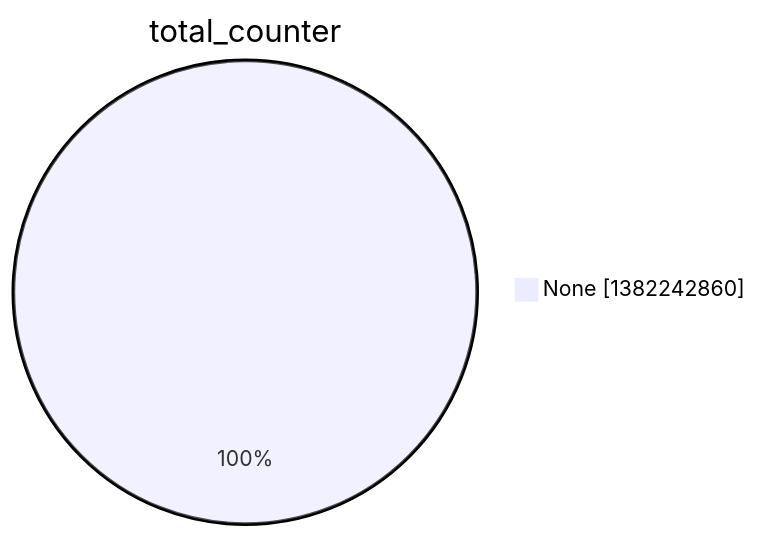
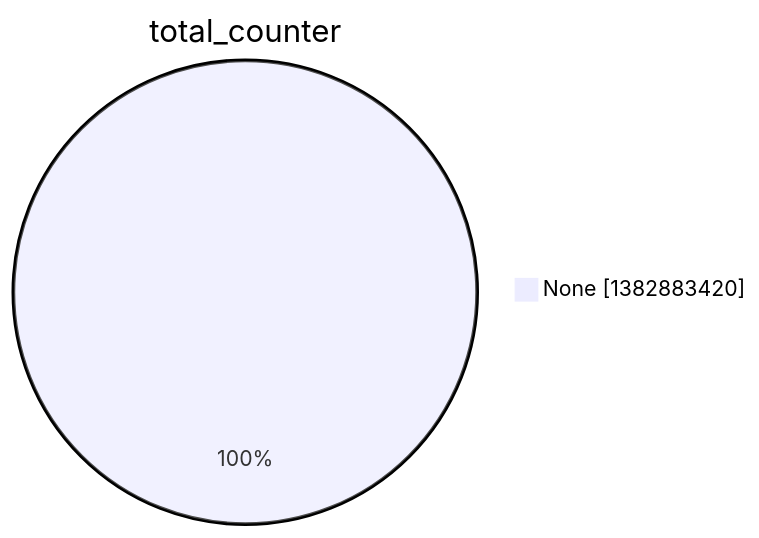
The second of 15 diagrams in argon2022/README.md (christiankrug/ctmonitor_visualization), drawn with Mermaid before and after one commit. The commit also changed other lines of this file, not shown here.

````diff
--- a/argon2022/README.md
+++ b/argon2022/README.md
@@ -9,5 +9,5 @@
 ```mermaid
 pie showData
 title total_counter
-"None" :1382242860
+"None" :1382883420
 ```
````
